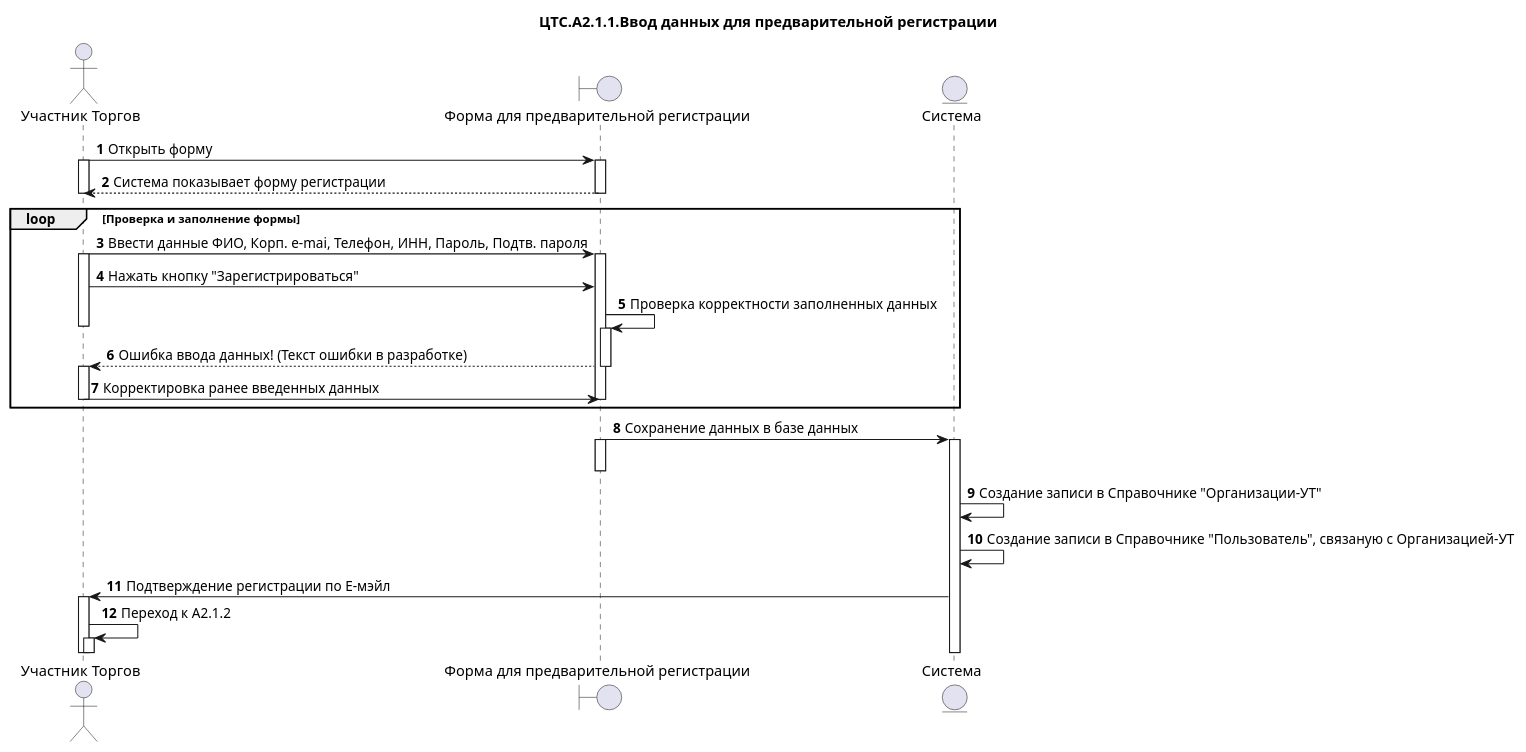
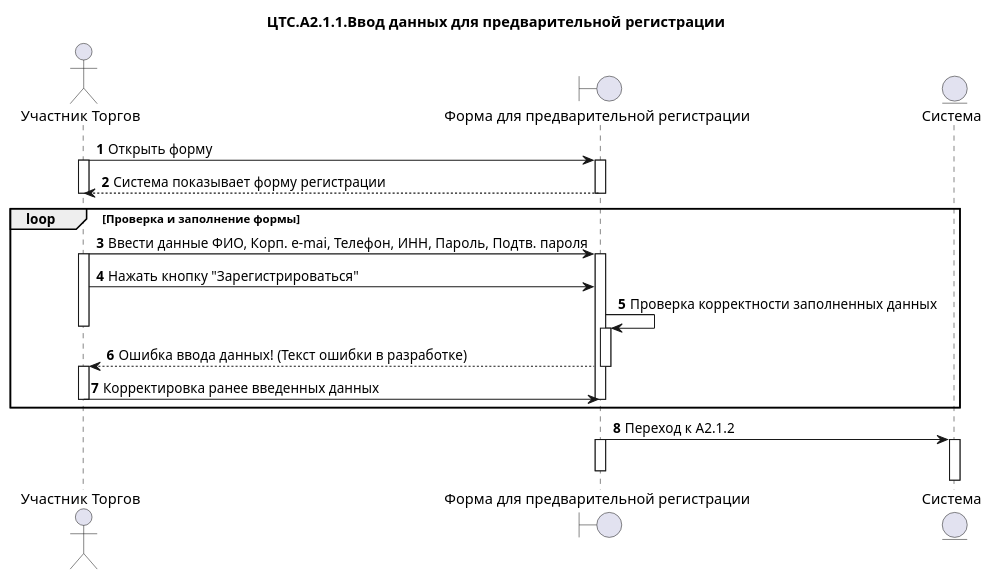
One commit to moaxmoaxpxrf4jag/CTS.Documentation changed the diagram in Project solutions/БП. Диаграммы/A2.Управление организациями-УТ/A2.1.Подключение новой Организации-УТ/ЦТС.А2.1.1 Заполнение формы регистрации нового пользователя.puml. Above: the diagram before and after it, drawn with PlantUML.

Commit message:
Обновлено ЦТС.А2.1.1 Заполнение формы регистрации нового пользователя.puml

```diff
--- a/Project solutions/БП. Диаграммы/A2.Управление организациями-УТ/A2.1.Подключение новой Организации-УТ/ЦТС.А2.1.1 Заполнение формы регистрации нового пользователя.puml
+++ b/Project solutions/БП. Диаграммы/A2.Управление организациями-УТ/A2.1.Подключение новой Организации-УТ/ЦТС.А2.1.1 Заполнение формы регистрации нового пользователя.puml
@@ -1,52 +1,52 @@
 @startuml
 /'Название файла будет: ЦТС.<Номер схемы БП>.<Номер этапа>.<Название этапа в схеме БП>'/
 title "ЦТС.А2.1.1.Ввод данных для предварительной регистрации"
 actor "Участник Торгов" as User
 boundary "Форма для предварительной регистрации" as PreRegistrationForm
 entity "Система" as System
 
 
 autonumber
 
 User -> PreRegistrationForm: Открыть форму
 activate User
 activate PreRegistrationForm
 
 PreRegistrationForm-->User: Система показывает форму регистрации
 deactivate User
 deactivate PreRegistrationForm
 
 loop Проверка и заполнение формы
 User -> PreRegistrationForm: Ввести данные ФИО, Корп. e-mai, Телефон, ИНН, Пароль, Подтв. пароля
 activate User
 activate PreRegistrationForm
 
 User -> PreRegistrationForm: Нажать кнопку "Зарегистрироваться"
 
 PreRegistrationForm -> PreRegistrationForm: Проверка корректности заполненных данных 
 activate PreRegistrationForm
 deactivate User
 
 PreRegistrationForm --> User: Ошибка ввода данных! (Текст ошибки в разработке) 
 deactivate PreRegistrationForm
 activate User
 
 User->PreRegistrationForm: Корректировка ранее введенных данных
 deactivate User
 deactivate PreRegistrationForm
 end
 
-PreRegistrationForm -> System: Сохранение данных в базе данных
+PreRegistrationForm -> System: Переход к А2.1.2
 activate PreRegistrationForm
 activate System
 deactivate PreRegistrationForm
 
-System->System:Создание записи в Справочнике "Организации-УТ"
-System->System:Создание записи в Справочнике "Пользователь", связаную с Организацией-УТ
-System->User: Подтверждение регистрации по Е-мэйл
-activate User
+'System->System:Создание записи в Справочнике "Организации-УТ"
+'System->System:Создание записи в Справочнике "Пользователь", связаную с Организацией-УТ
+'System->User: Подтверждение регистрации по Е-мэйл
+'activate User
 
-User->User: Переход к А2.1.2
-activate User
+'User->User: Переход к А2.1.2
+'activate User
 
 @enduml
```
